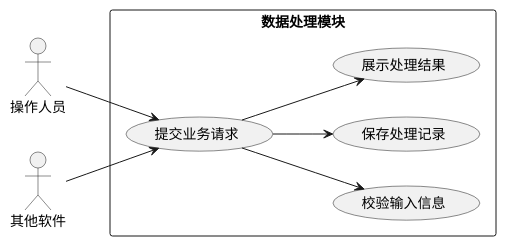
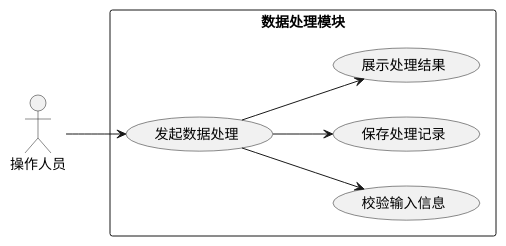
One commit to cppshooter/cursor changed the second of 2 diagrams in 系统建设方案提示词/03-功能模块详细设计/03.2-数据处理模块.md. Above: the diagram before and after it, drawn with PlantUML. The commit also changed other lines of this file and 4 other files, not shown here.

````diff
--- a/系统建设方案提示词/03-功能模块详细设计/03.2-数据处理模块.md
+++ b/系统建设方案提示词/03-功能模块详细设计/03.2-数据处理模块.md
@@ -104,18 +104,16 @@
 ```plantuml
 @startuml
 left to right direction
 actor 操作人员
-actor "其他软件" as External
 rectangle "数据处理模块" {
-  usecase "提交业务请求" as UC1
+  usecase "发起数据处理" as UC1
   usecase "校验输入信息" as UC2
   usecase "保存处理记录" as UC3
   usecase "展示处理结果" as UC4
 }
 操作人员 --> UC1
-External --> UC1
 UC1 --> UC2
 UC1 --> UC3
 UC1 --> UC4
 @enduml
 ```
````
